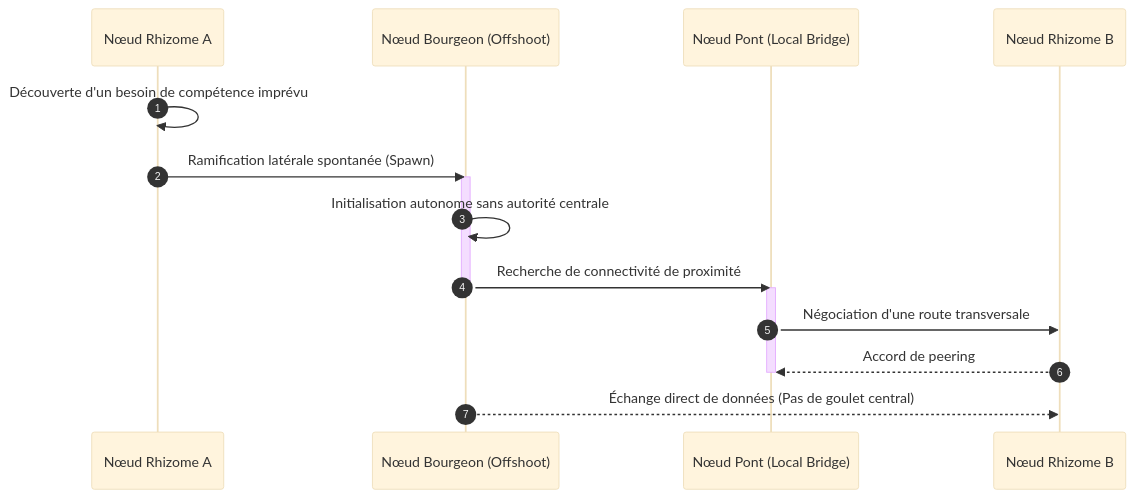
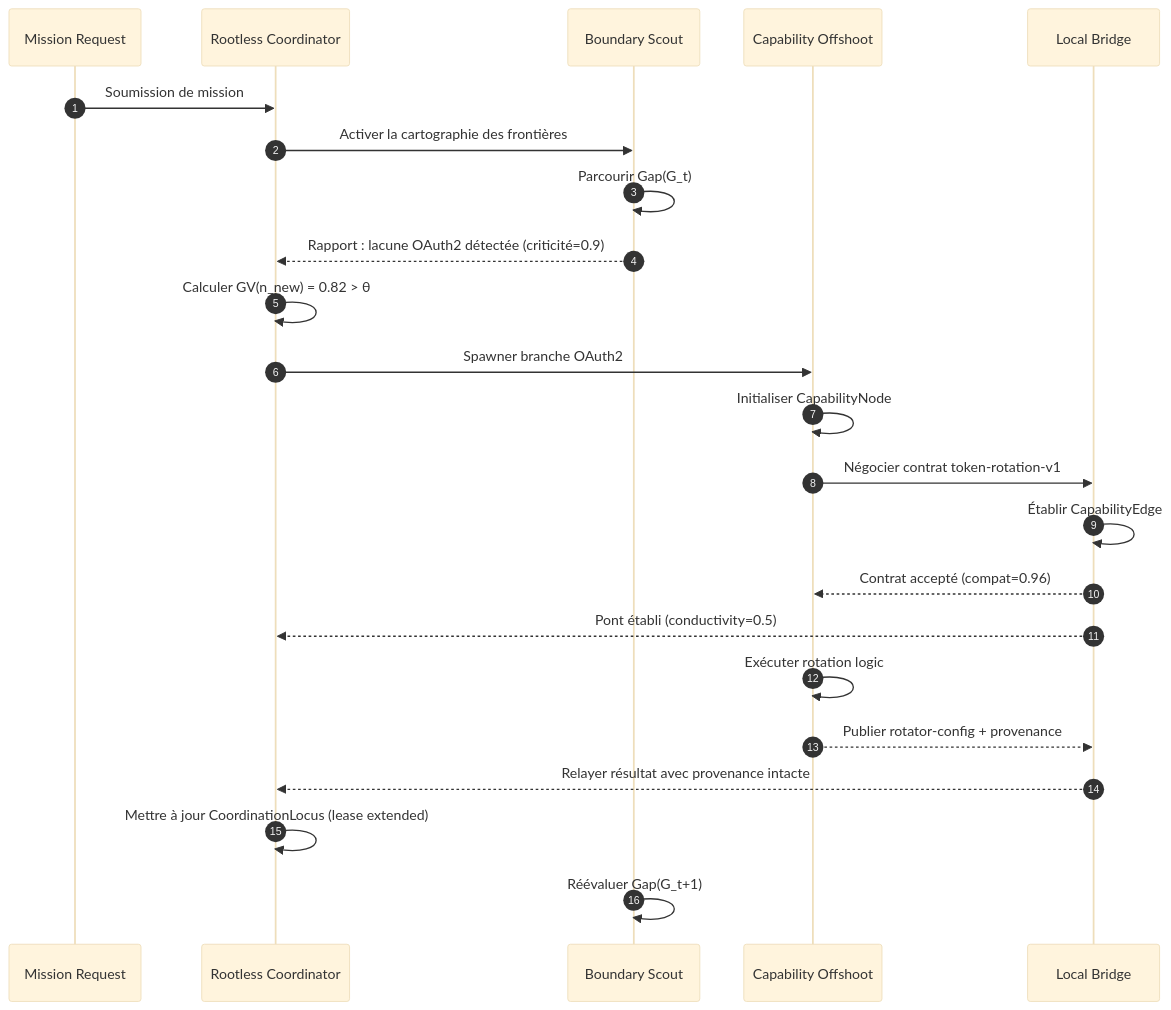
One commit to PISSARAW/GenOS changed the third of 5 diagrams in docs/02-orchestration/topologies/rhizome.md. Above: the diagram before and after it, drawn with Mermaid (base theme). The commit also changed other lines of this file and 1 other file, not shown here.

First line of the commit message:
[DOC] Refonte complète des docs Rhizome et Holobionte au standard Syncytium — modèles mathématiques, cas d'usage, anti-usage, Mermaid

````diff
--- a/docs/02-orchestration/topologies/rhizome.md
+++ b/docs/02-orchestration/topologies/rhizome.md
@@ -753,22 +1083,32 @@
 ```mermaid
 sequenceDiagram
     autonumber
-    participant NodeA as Nœud Rhizome A
-    participant Offshoot as Nœud Bourgeon (Offshoot)
-    participant Bridge as Nœud Pont (Local Bridge)
-    participant Target as Nœud Rhizome B
-
-    NodeA->>NodeA: Découverte d'un besoin de compétence imprévu
-    NodeA->>Offshoot: Ramification latérale spontanée (Spawn)
-    activate Offshoot
-    Offshoot->>Offshoot: Initialisation autonome sans autorité centrale
-    Offshoot->>Bridge: Recherche de connectivité de proximité
-    deactivate Offshoot
+    participant Mission as Mission Request
+    participant Coord as Rootless Coordinator
+    participant Scout as Boundary Scout
+    participant Offshoot as Capability Offshoot
+    participant Bridge as Local Bridge
     
-    activate Bridge
-    Bridge->>Target: Négociation d'une route transversale
-    Target-->>Bridge: Accord de peering
-    deactivate Bridge
+    Mission->>Coord: Soumission de mission
+    Coord->>Scout: Activer la cartographie des frontières
     
-    Offshoot-->>Target: Échange direct de données (Pas de goulet central)
+    Scout->>Scout: Parcourir Gap(G_t)
+    Scout-->>Coord: Rapport : lacune OAuth2 détectée (criticité=0.9)
+    
+    Coord->>Coord : Calculer GV(n_new) = 0.82 > θ
+    Coord->>Offshoot: Spawner branche OAuth2
+    
+    Offshoot->>Offshoot: Initialiser CapabilityNode
+    Offshoot->>Bridge: Négocier contrat token-rotation-v1
+    
+    Bridge->>Bridge: Établir CapabilityEdge
+    Bridge-->>Offshoot: Contrat accepté (compat=0.96)
+    Bridge-->>Coord: Pont établi (conductivity=0.5)
+    
+    Offshoot->>Offshoot: Exécuter rotation logic
+    Offshoot-->>Bridge: Publier rotator-config + provenance
+    Bridge-->>Coord: Relayer résultat avec provenance intacte
+    
+    Coord->>Coord: Mettre à jour CoordinationLocus (lease extended)
+    Scout->>Scout: Réévaluer Gap(G_t+1)
 ```
````
